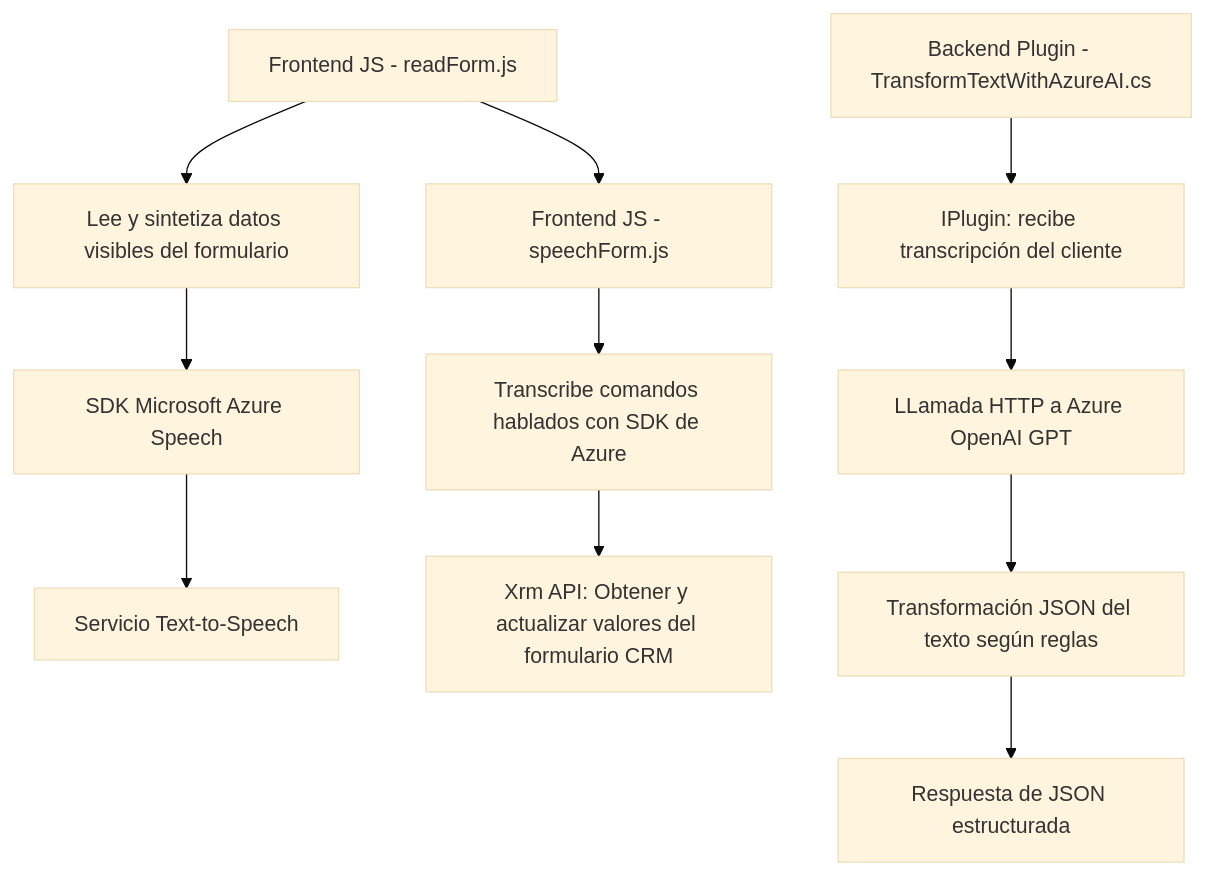
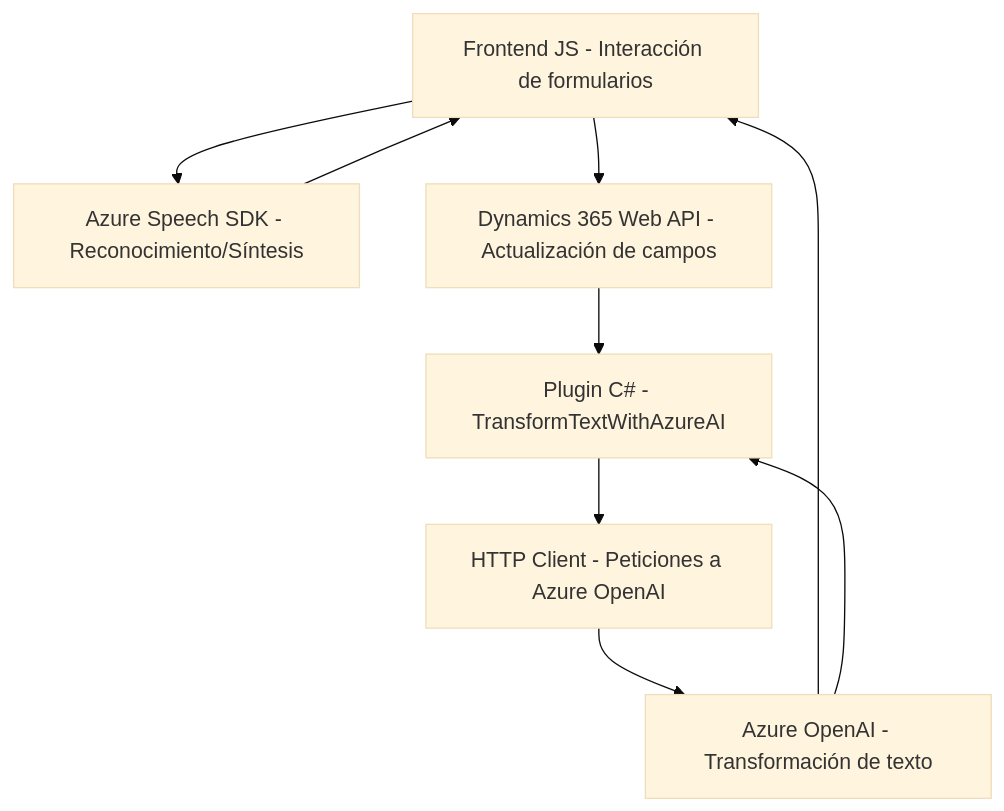
Before and after one commit to blopezdm/NETCORE_BILBAO2025: the diagram in README.md, drawn with Mermaid (base theme). The commit also changed other lines of this file, not shown here.

Commit message:
Actualizar análisis global de la solución con IA

````diff
--- a/README.md
+++ b/README.md
@@ -45,14 +32,18 @@
 ```mermaid
 graph TD
-    A["Frontend JS - readForm.js"] --> B["Lee y sintetiza datos visibles del formulario"]
-    B --> C["SDK Microsoft Azure Speech"]
-    C --> D["Servicio Text-to-Speech"]
-    A --> E["Frontend JS - speechForm.js"]
-    E --> F["Transcribe comandos hablados con SDK de Azure"]
-    F --> G["Xrm API: Obtener y actualizar valores del formulario CRM"]
+    A["Frontend JS - Interacción de formularios"]
+    B["Azure Speech SDK - Reconocimiento/Síntesis"]
+    C["Dynamics 365 Web API - Actualización de campos"]
+    D["Azure OpenAI - Transformación de texto"]
+    E["Plugin C# - TransformTextWithAzureAI"]
+    F["HTTP Client - Peticiones a Azure OpenAI"]
 
-    H["Backend Plugin - TransformTextWithAzureAI.cs"] --> I["IPlugin: recibe transcripción del cliente"]
-    I --> J["LLamada HTTP a Azure OpenAI GPT"]
-    J --> K["Transformación JSON del texto según reglas"]
-    K --> L["Respuesta de JSON estructurada"]
+    A --> B
+    A --> C
+    E --> F
+    F --> D
+    C --> E
+    B --> A
+    D --> A
+    D --> E
 ```
````
